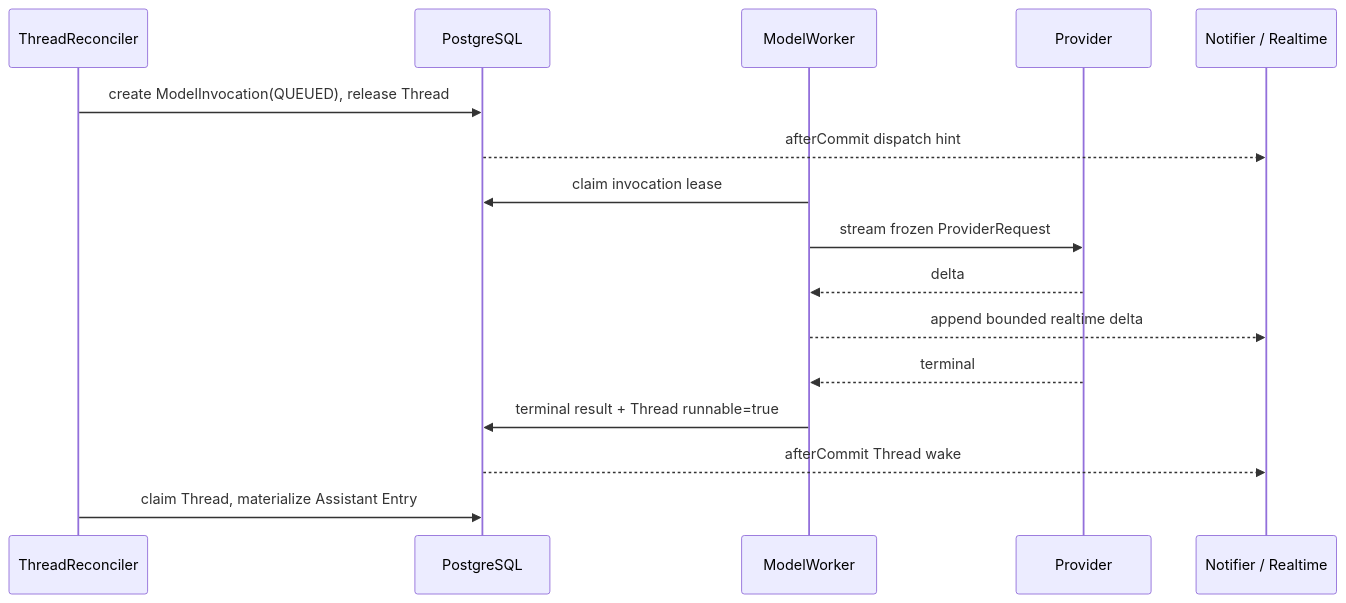
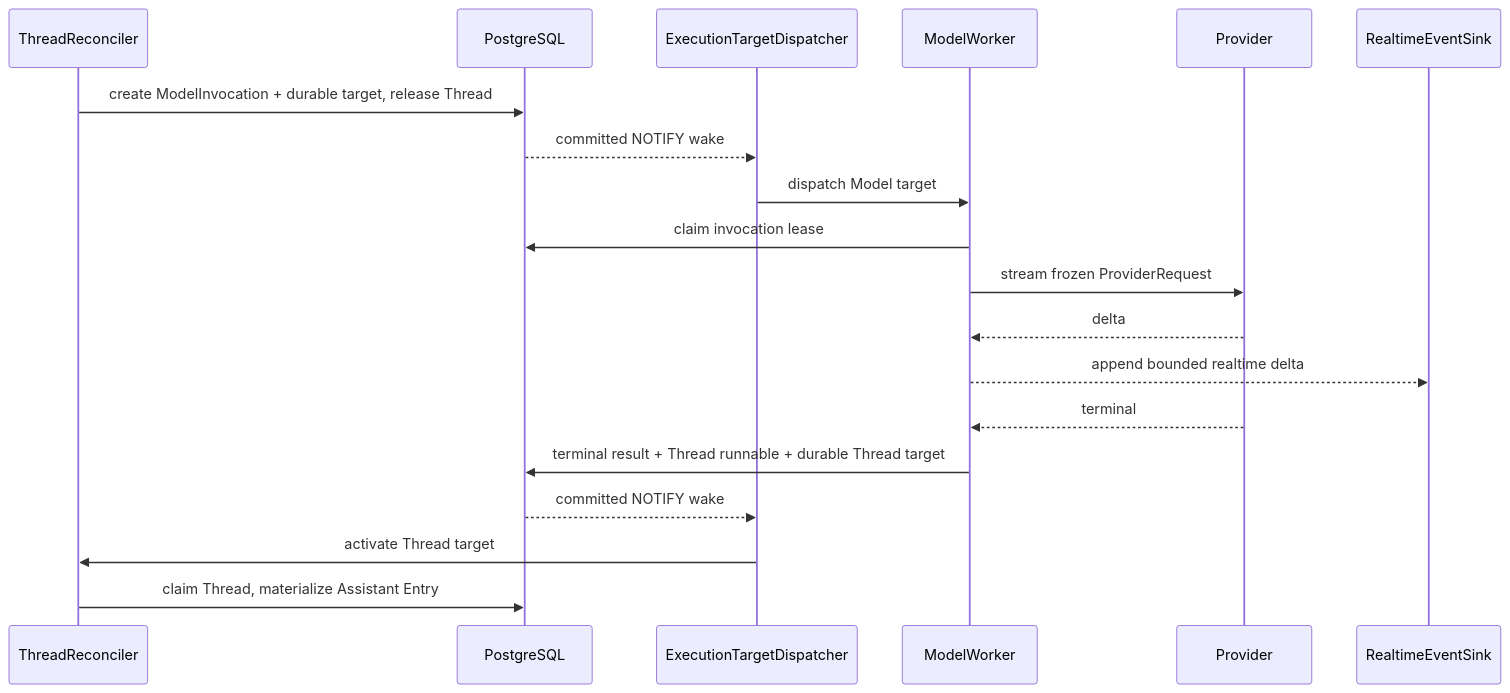
Before and after one commit to fengwk/kk-studio: the third of 4 diagrams in docs/technical-solution/harness-runtime-architecture.md, drawn with Mermaid. The commit also changed other lines of this file and 69 other files, not shown here.

````diff
--- a/docs/technical-solution/harness-runtime-architecture.md
+++ b/docs/technical-solution/harness-runtime-architecture.md
@@ -248,19 +248,22 @@
 ```mermaid
 sequenceDiagram
     participant R as ThreadReconciler
     participant DB as PostgreSQL
+    participant D as ExecutionTargetDispatcher
     participant W as ModelWorker
     participant P as Provider
-    participant N as Notifier / Realtime
+    participant S as RealtimeEventSink
 
-    R->>DB: create ModelInvocation(QUEUED), release Thread
-    DB-->>N: afterCommit dispatch hint
+    R->>DB: create ModelInvocation + durable target, release Thread
+    DB-->>D: committed NOTIFY wake
+    D->>W: dispatch Model target
     W->>DB: claim invocation lease
     W->>P: stream frozen ProviderRequest
     P-->>W: delta
-    W-->>N: append bounded realtime delta
+    W-->>S: append bounded realtime delta
     P-->>W: terminal
-    W->>DB: terminal result + Thread runnable=true
-    DB-->>N: afterCommit Thread wake
+    W->>DB: terminal result + Thread runnable + durable Thread target
+    DB-->>D: committed NOTIFY wake
+    D->>R: activate Thread target
     R->>DB: claim Thread, materialize Assistant Entry
 ```
````
